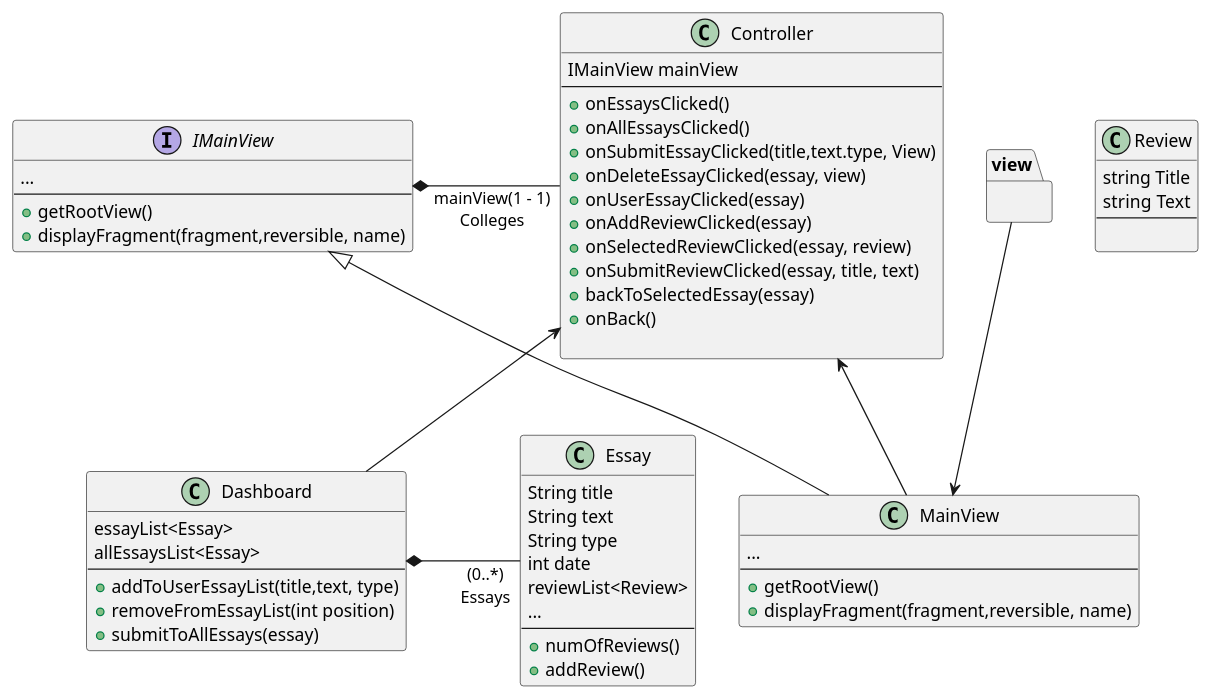
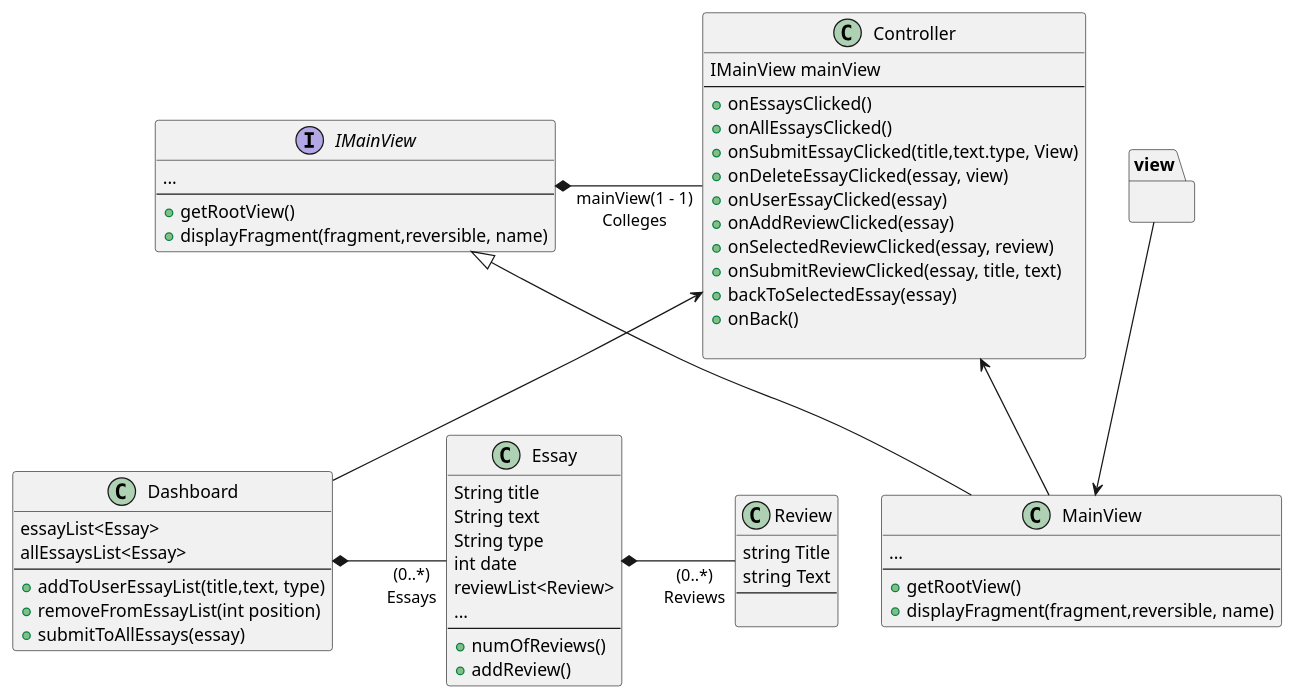
Before and after one commit to jlederer33/Essay-Review-App: the fourth of 5 diagrams in intellij/doc/design.md, drawn with PlantUML. The commit also changed other lines of this file, not shown here.

Commit message:
Added changes to diagrams

````diff
--- a/intellij/doc/design.md
+++ b/intellij/doc/design.md
@@ -49,77 +49,78 @@
 ```plantuml
 
 class Essay{
 String title
 String text
 String type
 int date
 reviewList<Review>
 ...
 --
 +numOfReviews()
 +addReview()
 }
 
 
 class Dashboard{
 essayList<Essay>
 allEssaysList<Essay>
 --
 +addToUserEssayList(title,text, type)
 +removeFromEssayList(int position)
 +submitToAllEssays(essay)
 }
 
 class Controller{
 IMainView mainView
 --
 +onEssaysClicked()
 +onAllEssaysClicked()
 +onSubmitEssayClicked(title,text.type, View)
 +onDeleteEssayClicked(essay, view)
 +onUserEssayClicked(essay)
 +onAddReviewClicked(essay) 
 +onSelectedReviewClicked(essay, review)
 +onSubmitReviewClicked(essay, title, text)
 +backToSelectedEssay(essay)
 +onBack()
 
 }
 
 class Review{
 string Title
 string Text
 --
 
 }
 
 Interface IMainView{
 ...
 --
 +getRootView()
 +displayFragment(fragment,reversible, name)
 }
 
 Class MainView{
 ...
 --
 +getRootView()
 +displayFragment(fragment,reversible, name)
 }
 
 
 
 package "view" as View{
 }
 
 
 Controller <-- MainView
 View --> MainView
 IMainView <|-- MainView
 Controller <-- Dashboard
 
 Dashboard *- "(0..*)\nEssays" Essay: \t\t
+Essay *- "(0..*)\nReviews" Review: \t\t
 IMainView *- "mainView(1 - 1)\nColleges" Controller : \t\t\t
 
 
 ```
````
